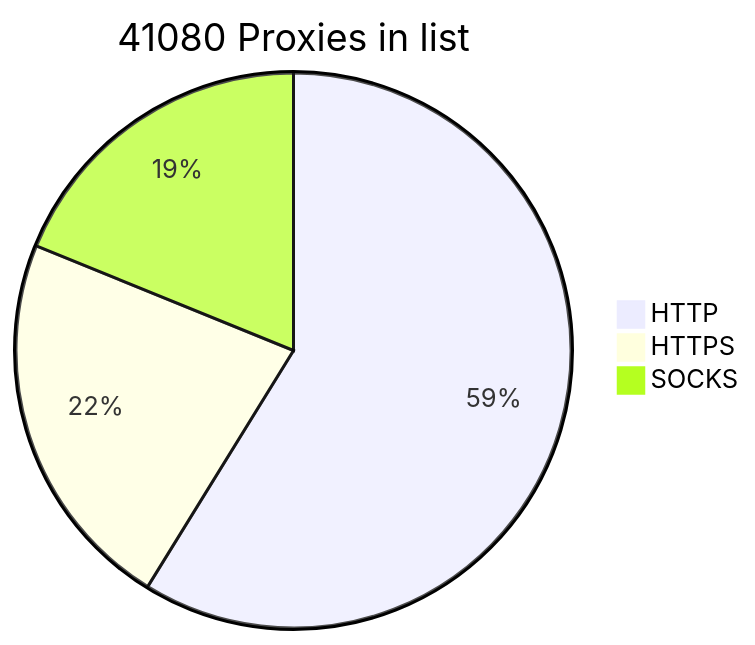
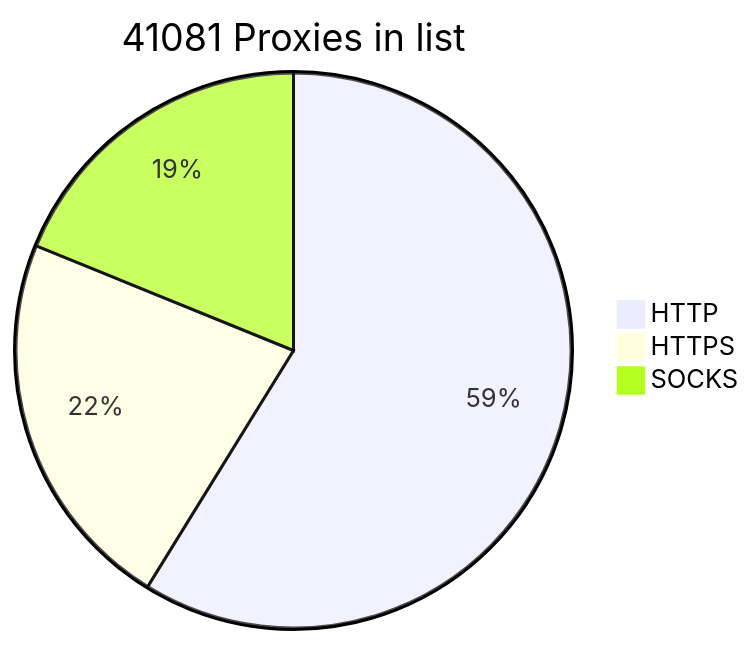
One commit to BlackSnowDot/proxylist-update-every-minute changed the diagram in README.md. Above: the diagram before and after it, drawn with Mermaid.

````diff
--- a/README.md
+++ b/README.md
@@ -2,6 +2,6 @@
 ```mermaid
-pie title 41080 Proxies in list
-    "HTTP" : 28342
+pie title 41081 Proxies in list
+    "HTTP" : 28343
     "HTTPS": 10768
     "SOCKS" : 9087
 ```
````
